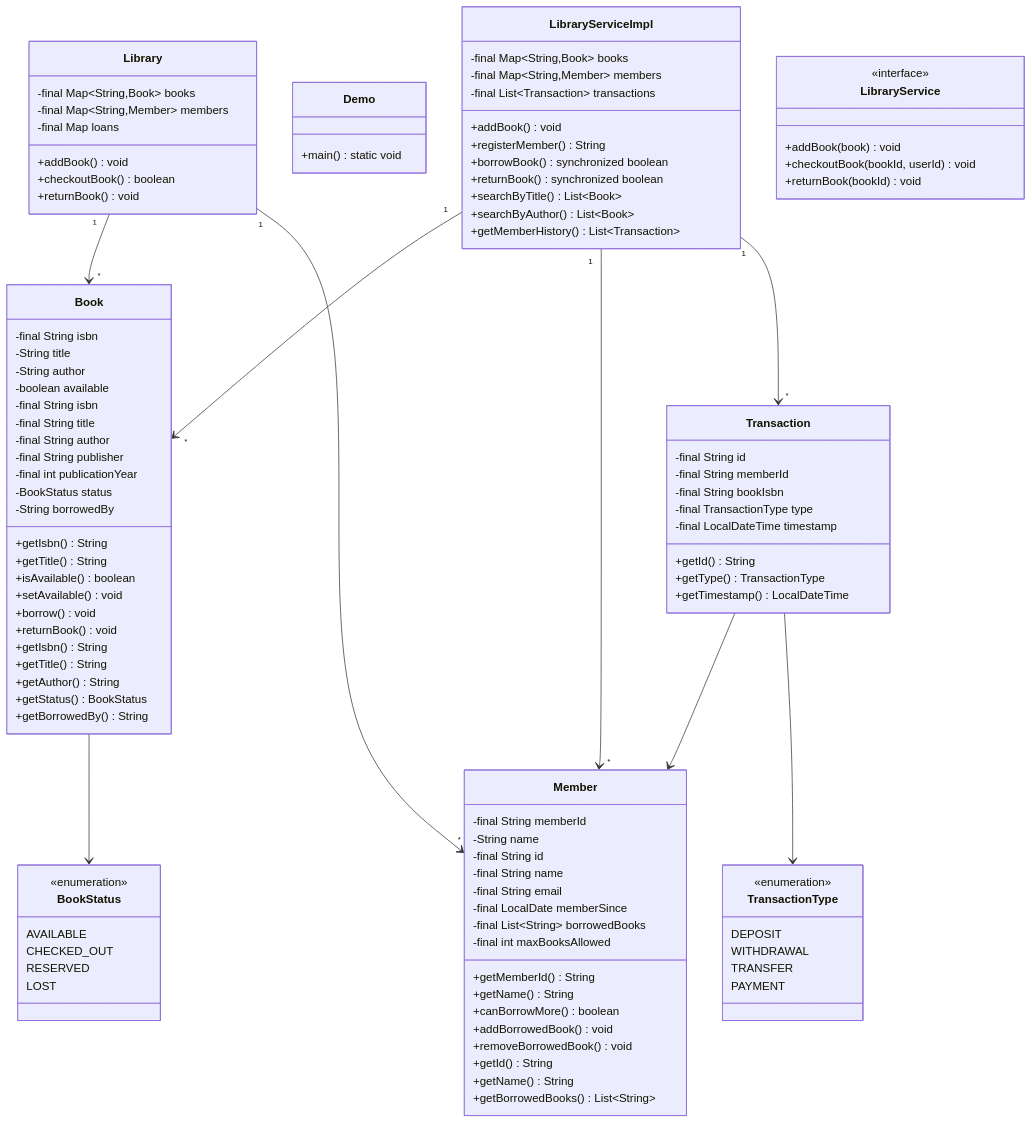
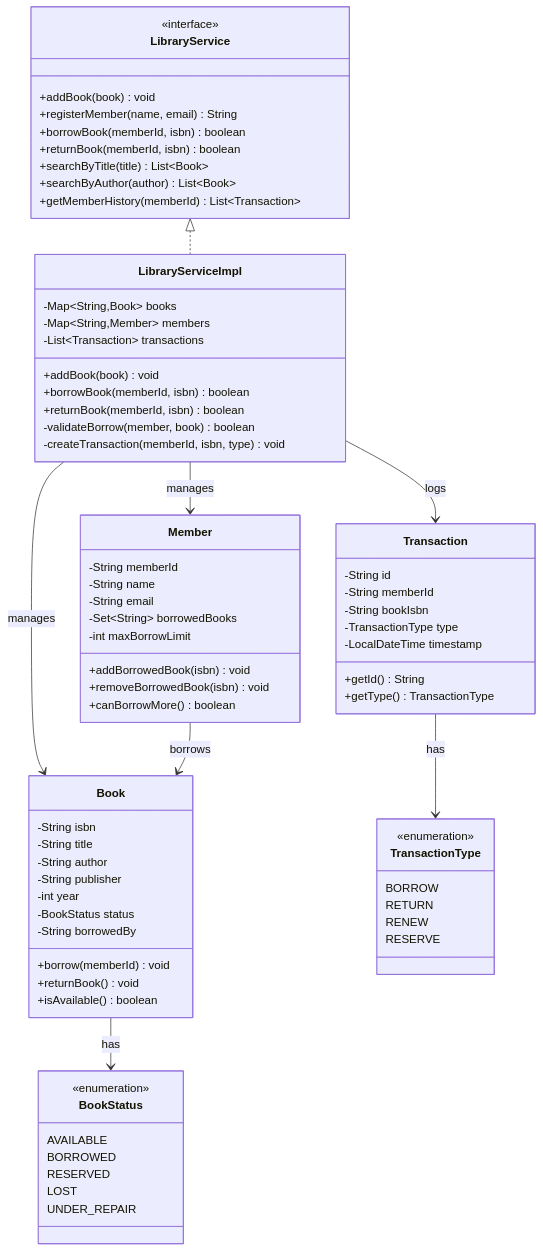
The diagram in docs/problems/library/README.md (dlkr18/lld-playbook), drawn with Mermaid before and after one commit. The commit also changed other lines of this file and 306 other files, not shown here.

````diff
--- a/docs/problems/library/README.md
+++ b/docs/problems/library/README.md
@@ -94,122 +92,83 @@
 ```mermaid
 classDiagram
+    class LibraryService {
+        <<interface>>
+        +addBook(book) void
+        +registerMember(name, email) String
+        +borrowBook(memberId, isbn) boolean
+        +returnBook(memberId, isbn) boolean
+        +searchByTitle(title) List~Book~
+        +searchByAuthor(author) List~Book~
+        +getMemberHistory(memberId) List~Transaction~
+    }
 
-    class Library {
-        -final Map~String,Book~ books
-        -final Map~String,Member~ members
-        -final Map<String, List~String~> loans
-        +addBook() void
-        +checkoutBook() boolean
-        +returnBook() void
+    class LibraryServiceImpl {
+        -Map~String,Book~ books
+        -Map~String,Member~ members
+        -List~Transaction~ transactions
+        +addBook(book) void
+        +borrowBook(memberId, isbn) boolean
+        +returnBook(memberId, isbn) boolean
+        -validateBorrow(member, book) boolean
+        -createTransaction(memberId, isbn, type) void
     }
 
     class Book {
-        -final String isbn
+        -String isbn
         -String title
         -String author
-        -boolean available
-        +getIsbn() String
-        +getTitle() String
+        -String publisher
+        -int year
+        -BookStatus status
+        -String borrowedBy
+        +borrow(memberId) void
+        +returnBook() void
         +isAvailable() boolean
-        +setAvailable() void
     }
 
     class Member {
-        -final String memberId
+        -String memberId
         -String name
-        +getMemberId() String
-        +getName() String
+        -String email
+        -Set~String~ borrowedBooks
+        -int maxBorrowLimit
+        +addBorrowedBook(isbn) void
+        +removeBorrowedBook(isbn) void
+        +canBorrowMore() boolean
     }
 
-    class Demo {
-        +main() static void
-    }
-
-    class LibraryServiceImpl {
-        -final Map~String,Book~ books
-        -final Map~String,Member~ members
-        -final List~Transaction~ transactions
-        +addBook() void
-        +registerMember() String
-        +borrowBook() synchronized boolean
-        +returnBook() synchronized boolean
-        +searchByTitle() List~Book~
-        +searchByAuthor() List~Book~
-        +getMemberHistory() List~Transaction~
-    }
-
-    class Book {
-        -final String isbn
-        -final String title
-        -final String author
-        -final String publisher
-        -final int publicationYear
-        -BookStatus status
-        -String borrowedBy
-        +borrow() void
-        +returnBook() void
-        +getIsbn() String
-        +getTitle() String
-        +getAuthor() String
-        +getStatus() BookStatus
-        +getBorrowedBy() String
+    class Transaction {
+        -String id
+        -String memberId
+        -String bookIsbn
+        -TransactionType type
+        -LocalDateTime timestamp
+        +getId() String
+        +getType() TransactionType
     }
 
     class BookStatus {
         <<enumeration>>
         AVAILABLE
-        CHECKED_OUT
+        BORROWED
         RESERVED
         LOST
-    }
-
-    class Member {
-        -final String id
-        -final String name
-        -final String email
-        -final LocalDate memberSince
-        -final List~String~ borrowedBooks
-        -final int maxBooksAllowed
-        +canBorrowMore() boolean
-        +addBorrowedBook() void
-        +removeBorrowedBook() void
-        +getId() String
-        +getName() String
-        +getBorrowedBooks() List~String~
+        UNDER_REPAIR
     }
 
     class TransactionType {
         <<enumeration>>
-        DEPOSIT
-        WITHDRAWAL
-        TRANSFER
-        PAYMENT
+        BORROW
+        RETURN
+        RENEW
+        RESERVE
     }
 
-    class Transaction {
-        -final String id
-        -final String memberId
-        -final String bookIsbn
-        -final TransactionType type
-        -final LocalDateTime timestamp
-        +getId() String
-        +getType() TransactionType
-        +getTimestamp() LocalDateTime
-    }
-
-    class LibraryService {
-        <<interface>>
-        +addBook(book) void
-        +checkoutBook(bookId, userId) void
-        +returnBook(bookId) void
-    }
-
-    Transaction --> Member
-    Transaction --> TransactionType
-    Library "1" --> "*" Book
-    Library "1" --> "*" Member
-    Book --> BookStatus
-    LibraryServiceImpl "1" --> "*" Book
-    LibraryServiceImpl "1" --> "*" Member
-    LibraryServiceImpl "1" --> "*" Transaction
+    LibraryService <|.. LibraryServiceImpl
+    LibraryServiceImpl --> Book : manages
+    LibraryServiceImpl --> Member : manages
+    LibraryServiceImpl --> Transaction : logs
+    Book --> BookStatus : has
+    Member --> Book : borrows
+    Transaction --> TransactionType : has
 ```
````
